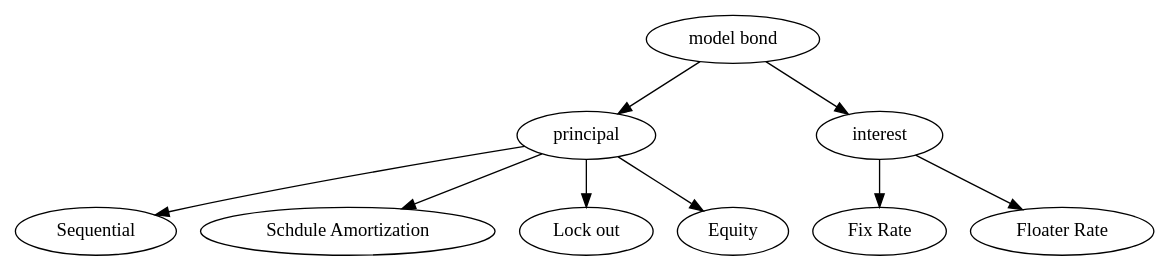
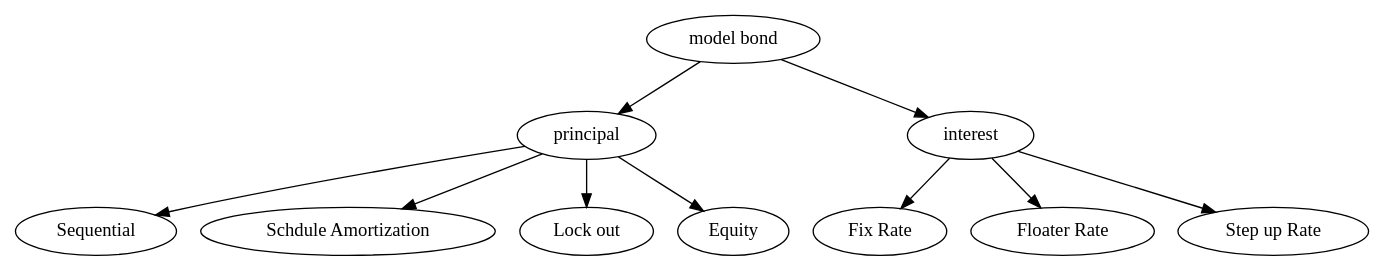
One commit to yellowbean/absbox-doc changed the third of 3 diagrams in docs/source/modeling.rst. Above: the diagram before and after it, drawn with Graphviz. The commit also changed other lines of this file and 1 other file, not shown here.

```diff
--- a/docs/source/modeling.rst
+++ b/docs/source/modeling.rst
@@ -870,17 +926,18 @@
 .. graphviz::
     :name: sphinx.ext.graphviz
     :caption: how to model bond
     :alt: how to model bond
     :align: center
 
 
     digraph {
       "model bond" -> principal
       "model bond" -> interest
       principal -> "Sequential"
       principal -> "Schdule Amortization"
       principal -> "Lock out"
       principal -> "Equity"
       interest -> "Fix Rate"
       interest -> "Floater Rate"
+      interest -> "Step up Rate"
     }
```
